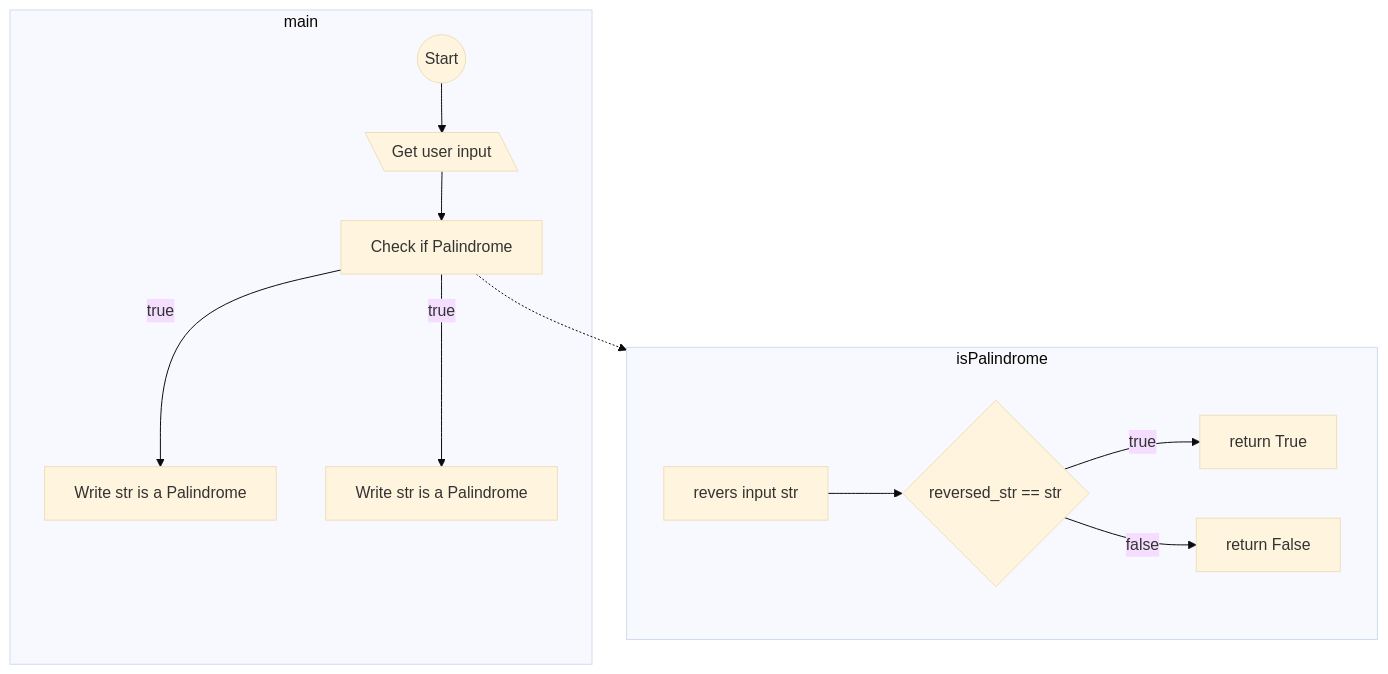
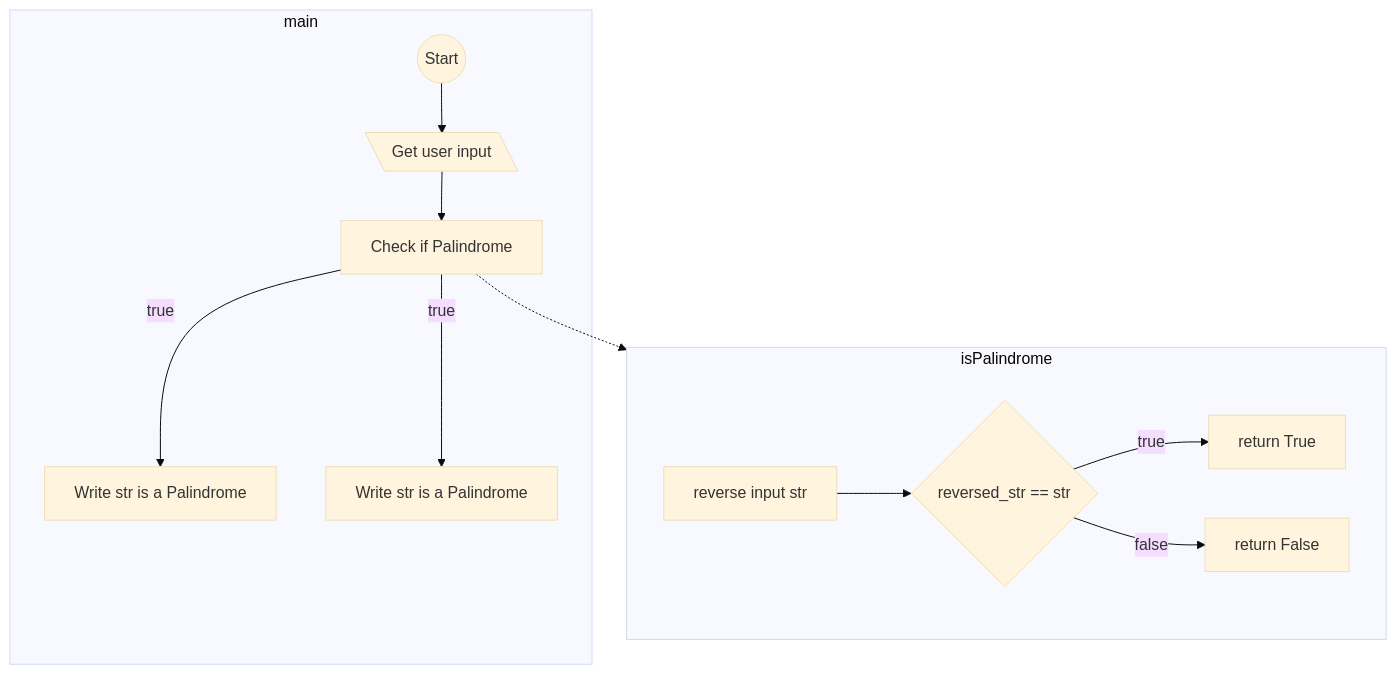
Before and after one commit to graham-hughes-code/pyflow: the diagram in README.md, drawn with Mermaid (base theme). The commit also changed other lines of this file, not shown here.

````diff
--- a/README.md
+++ b/README.md
@@ -70,15 +70,15 @@
 ```mermaid
 flowchart TD
 subgraph isPalindrome
-S[revers input str] --> X{reversed_str == str}
+S[reverse input str] --> X{reversed_str == str}
 X -- true --> N[return True]
 X -- false --> M[return False]
 end
 subgraph main
 A((Start)) --> B[\Get user input\]
 B --> C[Check if Palindrome]
 C -- true --> D[Write str is a Palindrome]
 C -- true --> E[Write str is a Palindrome]
 end
 C -.-> isPalindrome
 ```
````
